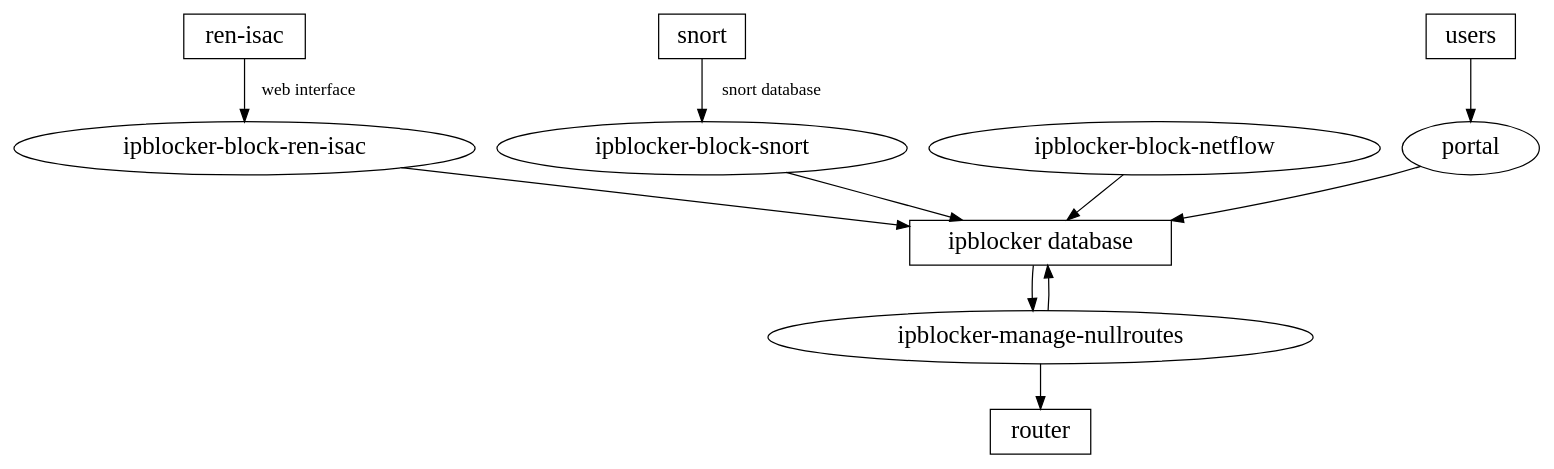
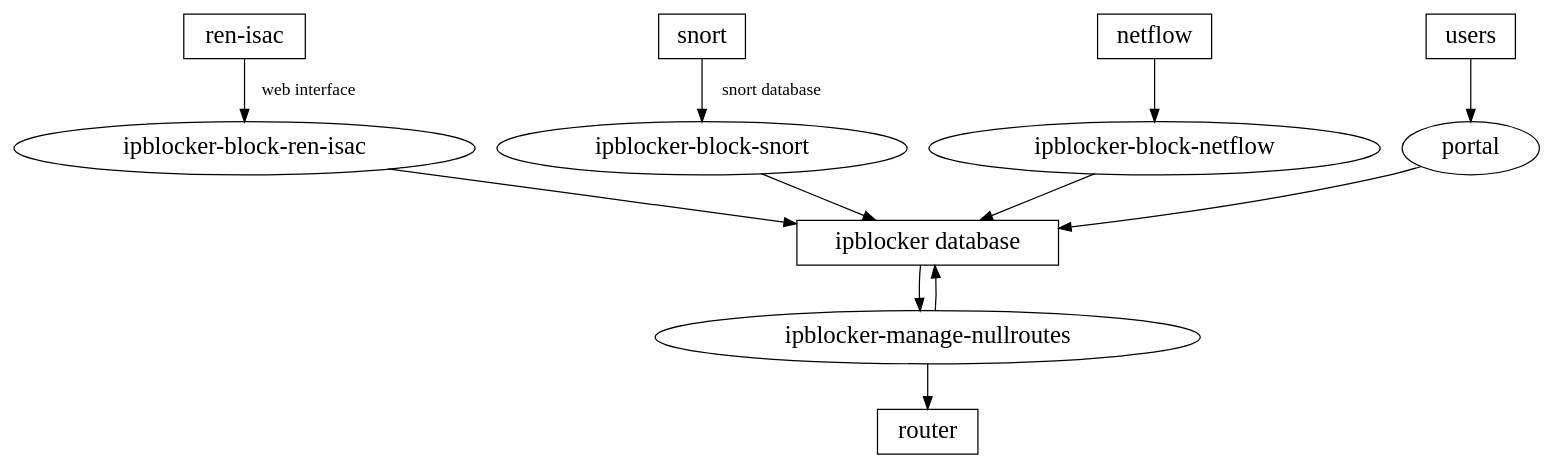
The diagram in docs/diagram.dot (JustinAzoff/ipblocker), drawn with Graphviz before and after one commit.

Commit message:
added netflow

```diff
--- a/docs/diagram.dot
+++ b/docs/diagram.dot
@@ -1,25 +1,28 @@
 digraph G {
     node [fontsize=20];
     graph [overlap=false];
     database [shape=box label="ipblocker database"];
     router [shape=box];
     imn [label="ipblocker-manage-nullroutes"];
     ri  [shape=box label="ren-isac"];
     snort [shape=box];
+    netflow [shape=box];
     users [shape=box];
     ibr [label="ipblocker-block-ren-isac"];
     ibs [label="ipblocker-block-snort"];
     ibn [label="ipblocker-block-netflow"];
 
     users -> portal;
     portal -> database;
     snort -> ibs [label=" snort database" arrowtail=crow];
+    ri  -> ibr [label=" web interface" arrowtail=crow] ;
+    netflow -> ibn [arrowtail=crow];
+
     ibs -> database;
-    ri  -> ibr [label=" web interface" arrowtail=crow] ;
     ibr -> database;
     ibn -> database;
     imn -> database;
 
     database -> imn;
     imn -> router;
 }
```
